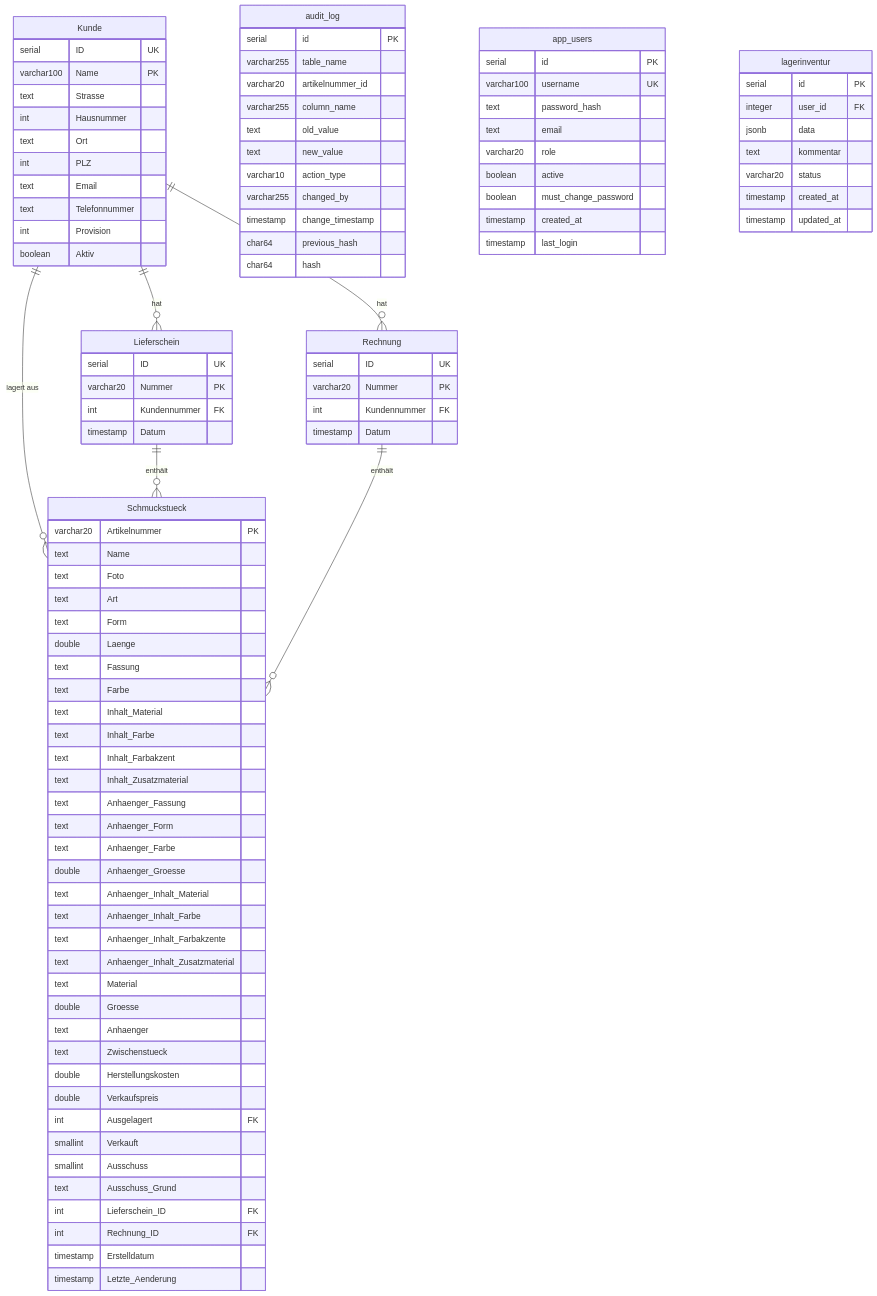
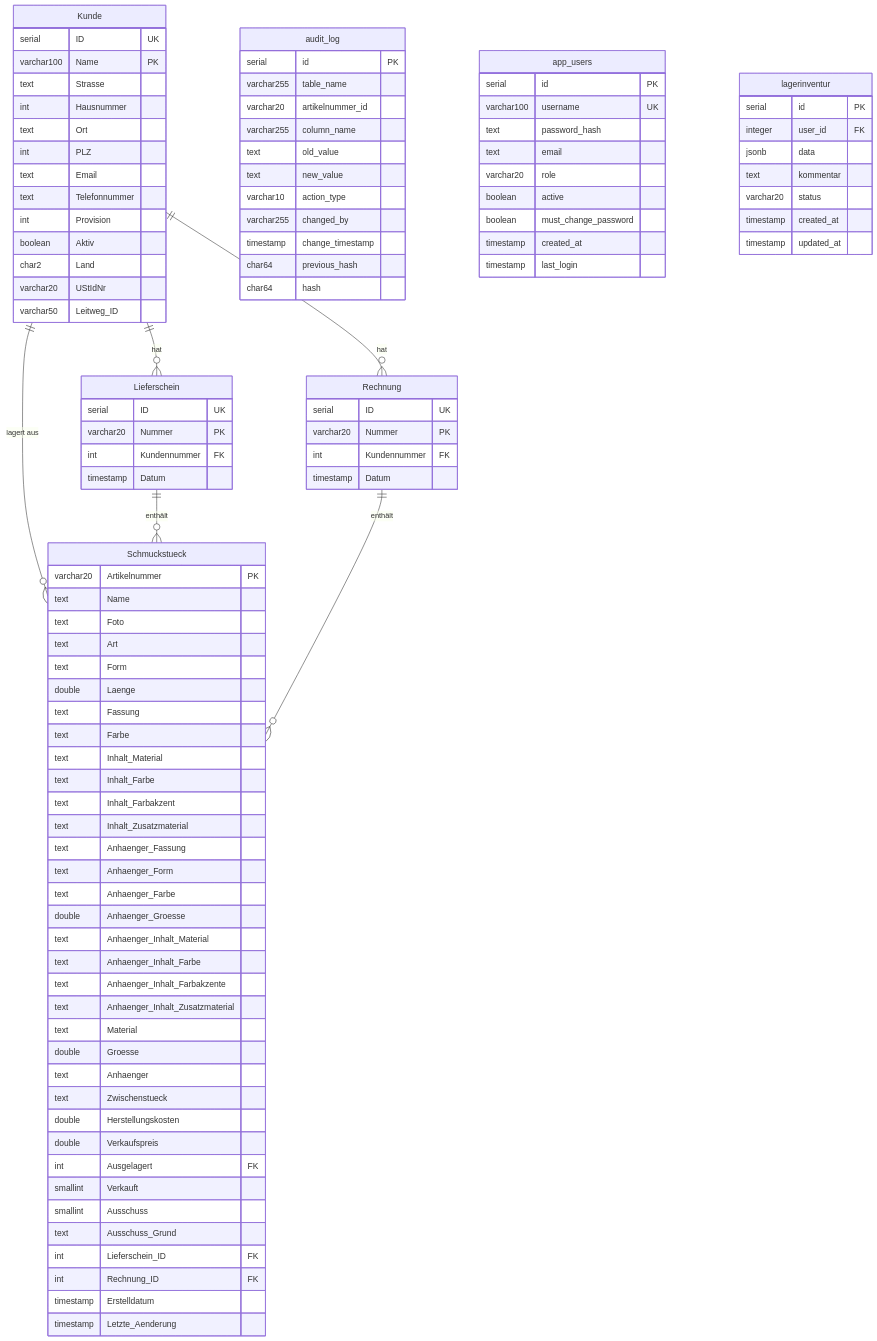
The diagram in .github/copilot-instructions.md (Revilo91/GoldRegenDB_Web), drawn with Mermaid before and after one commit. The commit also changed other lines of this file and 46 other files, not shown here.

```diff
--- a/.github/copilot-instructions.md
+++ b/.github/copilot-instructions.md
@@ -30,6 +30,9 @@
         text Telefonnummer
         int Provision
         boolean Aktiv
+        char2 Land
+        varchar20 UStIdNr
+        varchar50 Leitweg_ID
     }
 
     Lieferschein {
```
